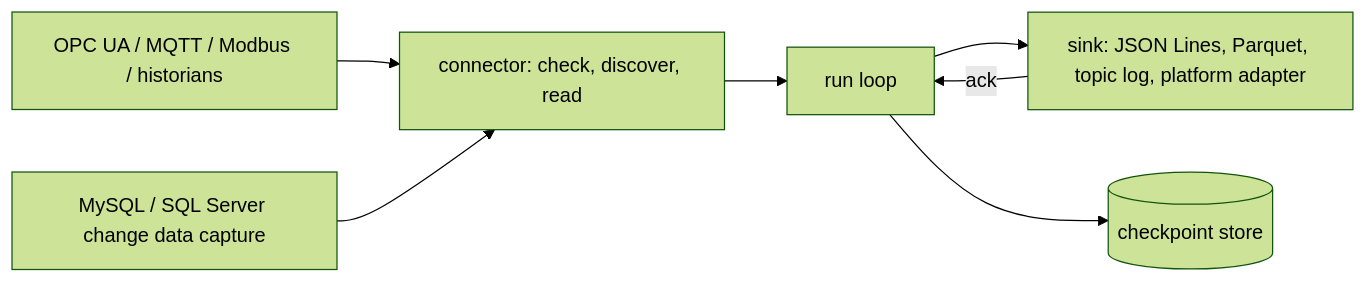
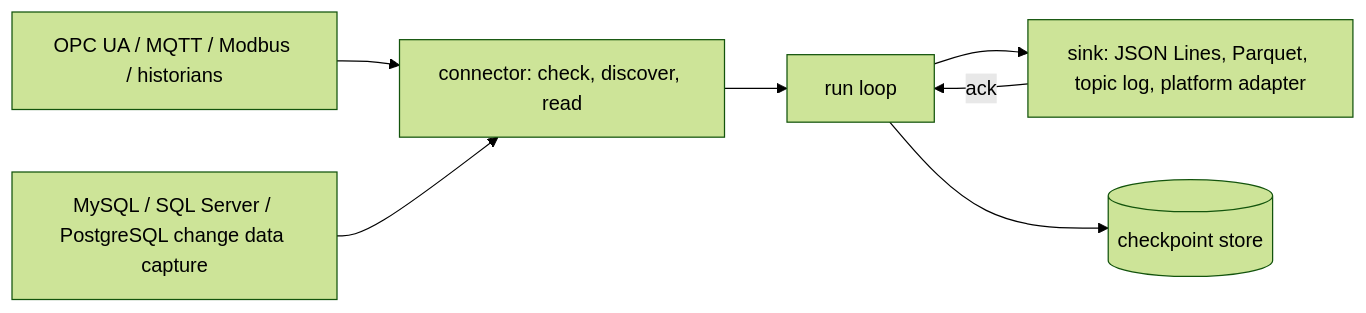
One commit to Sannrox/hashi changed the diagram in README.md. Above: the diagram before and after it, drawn with Mermaid (forest theme). The commit also changed other lines of this file and 20 other files, not shown here.

First line of the commit message:
feat(cdc): PostgreSQL change data capture with consistent snapshot and replication-slot checkpoints (#103)

````diff
--- a/README.md
+++ b/README.md
@@ -102,9 +102,9 @@
 ```mermaid
 flowchart LR
   I[OPC UA / MQTT / Modbus / historians] --> C
-  D[MySQL / SQL Server change data capture] --> C
+  D[MySQL / SQL Server / PostgreSQL change data capture] --> C
   C[connector: check, discover, read] --> R[run loop]
   R --> S[sink: JSON Lines, Parquet, topic log, platform adapter]
   S -- ack --> R
   R --> P[(checkpoint store)]
 ```
````
